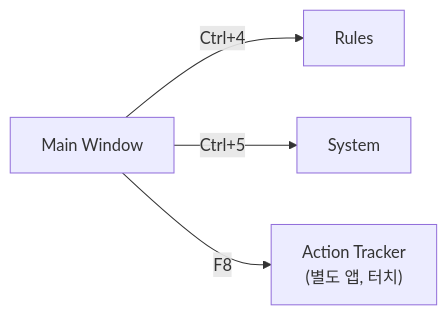
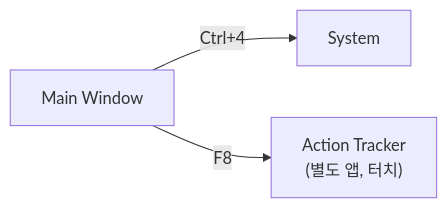
The third of 12 diagrams in docs/01_PokerGFX_Analysis/PRD-0004-EBS-Server-UI-Design.md (garimto81/ebs), drawn with Mermaid before and after one commit. The commit also changed other lines of this file and 1 other file, not shown here.

First line of the commit message:
docs(prd-0004): Rules 탭 제거 및 System 탭 재배치 (Ctrl+4) 📝

````diff
--- a/docs/01_PokerGFX_Analysis/PRD-0004-EBS-Server-UI-Design.md
+++ b/docs/01_PokerGFX_Analysis/PRD-0004-EBS-Server-UI-Design.md
@@ -423,6 +346,5 @@
 ```mermaid
 flowchart LR
-    MW["Main Window"] -->|"Ctrl+4"| RUL["Rules"]
-    MW -->|"Ctrl+5"| SYS["System"]
+    MW["Main Window"] -->|"Ctrl+4"| SYS["System"]
     MW -->|"F8"| AT["Action Tracker<br/>(별도 앱, 터치)"]
 ```
````
